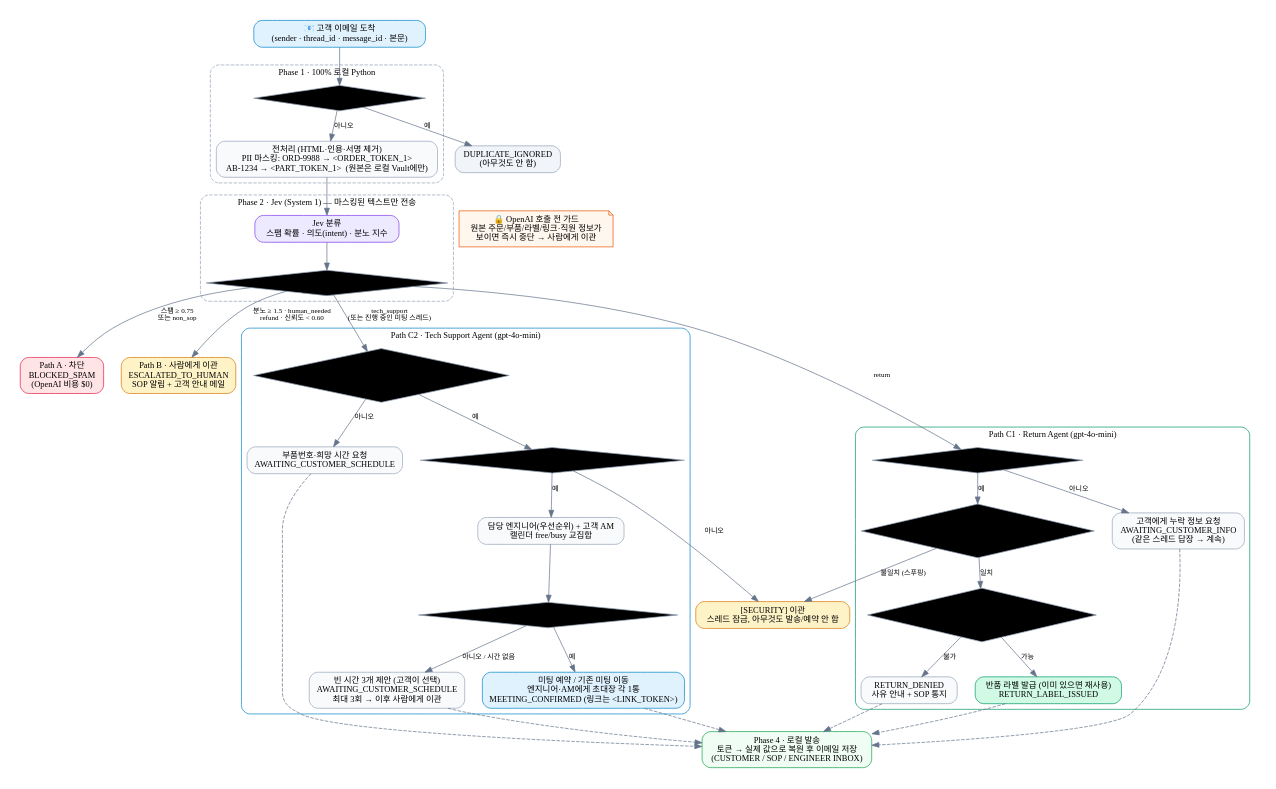
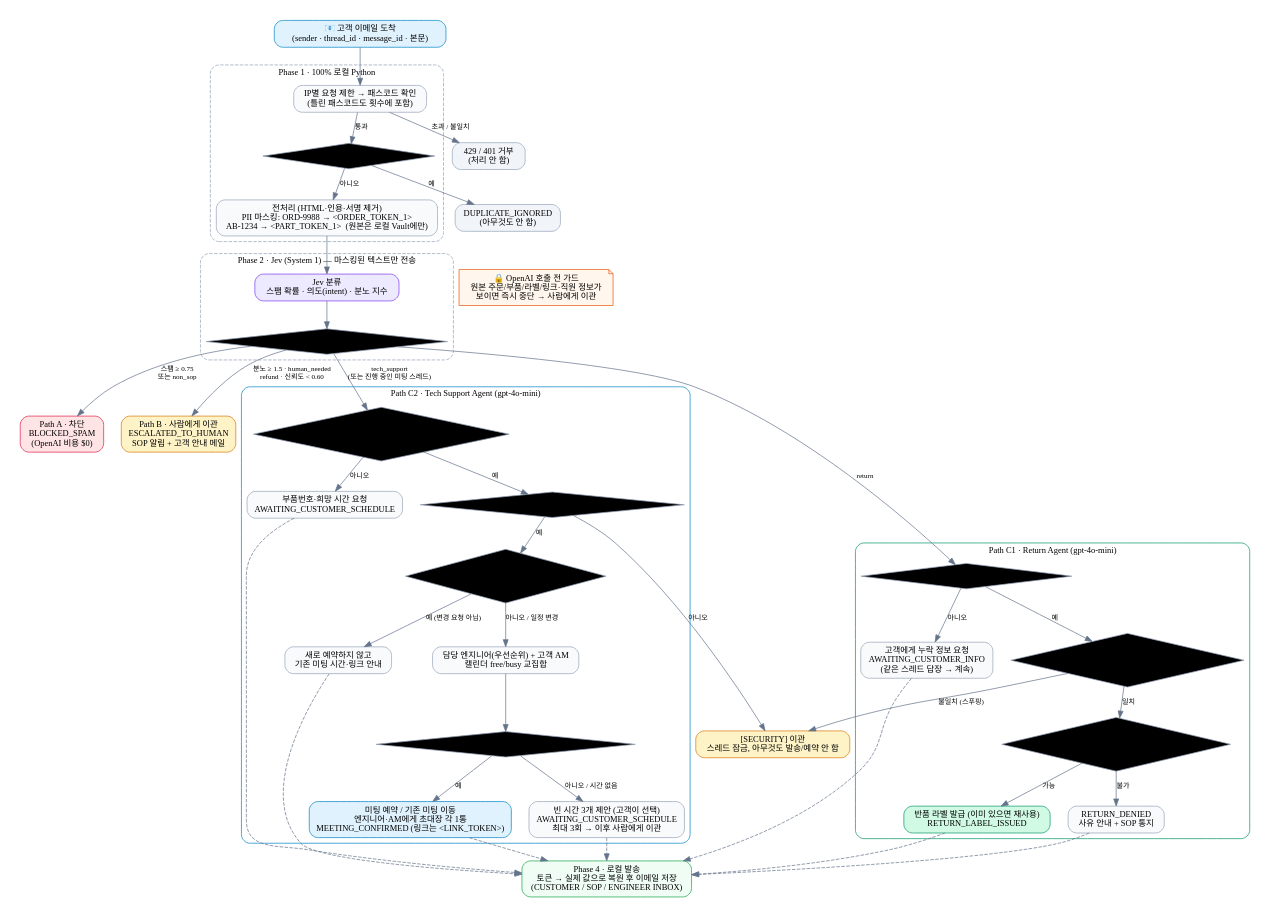
Before and after one commit to sangmin-matthew-lee/sopo-agnet-claude: the diagram in docs/flowchart.dot, drawn with Graphviz. The commit also changed 2 other files, not shown here.

Commit message:
Update README demo notes and flowchart
- README T10: demo with preset 2 only (preset 1 names a time and may be
  treated as a reschedule).
- README step 22: say which time to use (free for engineer and AM in the
  calendar panel).
- Flowchart: add the rate-limit/passcode gate (wrong passcodes count) and
  the "meeting already booked -> tell the customer" branch (T10).

Claude-Session: https://claude.ai/code/session_01LQjqJxz1YcKXCCThp8WkEy

```diff
--- a/docs/flowchart.dot
+++ b/docs/flowchart.dot
@@ -1,77 +1,85 @@
-// Render: dot -Tpng -Gdpi=160 docs/flowchart.dot -o docs/flowchart.png
+// Render: dot -Tpng -Gdpi=140 docs/flowchart.dot -o docs/flowchart.png
 digraph SOPO {
   graph [rankdir=TB, fontname="Apple SD Gothic Neo", nodesep=0.35, ranksep=0.45, bgcolor="white", pad=0.3];
   node  [shape=box, style="rounded,filled", fontname="Apple SD Gothic Neo", fontsize=12, color="#94a3b8",
          fillcolor="#f8fafc", margin="0.18,0.08"];
   edge  [fontname="Apple SD Gothic Neo", fontsize=10, color="#64748b"];
 
   email [label="📧 고객 이메일 도착\n(sender · thread_id · message_id · 본문)", fillcolor="#e0f2fe", color="#0284c7"];
 
   subgraph cluster_p1 {
     label="Phase 1 · 100% 로컬 Python"; style="rounded,dashed"; color="#94a3b8"; fontsize=12;
+    gate  [label="IP별 요청 제한 → 패스코드 확인\n(틀린 패스코드도 횟수에 포함)"; shape=box];
     dup   [label="중복 message_id?"; shape=diamond, style="filled", fillcolor="#fff"];
     mask  [label="전처리 (HTML·인용·서명 제거)\nPII 마스킹: ORD-9988 → <ORDER_TOKEN_1>\nAB-1234 → <PART_TOKEN_1>  (원본은 로컬 Vault에만)"];
   }
+  rejected [label="429 / 401 거부\n(처리 안 함)", fillcolor="#f1f5f9"];
   ignored [label="DUPLICATE_IGNORED\n(아무것도 안 함)", fillcolor="#f1f5f9"];
 
   subgraph cluster_p2 {
     label="Phase 2 · Jev (System 1) — 마스킹된 텍스트만 전송"; style="rounded,dashed"; color="#94a3b8"; fontsize=12;
     jev   [label="Jev 분류\n스팸 확률 · 의도(intent) · 분노 지수", fillcolor="#ede9fe", color="#7c3aed"];
     route [label="결정적 라우터 (Python 규칙)"; shape=diamond, style="filled", fillcolor="#fff"];
   }
 
   blockA [label="Path A · 차단\nBLOCKED_SPAM\n(OpenAI 비용 $0)", fillcolor="#ffe4e6", color="#e11d48"];
   humanB [label="Path B · 사람에게 이관\nESCALATED_TO_HUMAN\nSOP 알림 + 고객 안내 메일", fillcolor="#fef3c7", color="#d97706"];
 
   subgraph cluster_ret {
     label="Path C1 · Return Agent (gpt-4o-mini)"; style="rounded"; color="#059669"; fontsize=12;
     rmiss [label="주문번호/부품번호 있음?"; shape=diamond, style="filled", fillcolor="#fff"];
     rask  [label="고객에게 누락 정보 요청\nAWAITING_CUSTOMER_INFO\n(같은 스레드 답장 → 계속)"];
     rown  [label="3-way 확인\n주문 · 부품 · 보낸사람 일치?"; shape=diamond, style="filled", fillcolor="#fff"];
     relig [label="반품 자격\n배송완료 · 30일 이내 · 수량"; shape=diamond, style="filled", fillcolor="#fff"];
     rdeny [label="RETURN_DENIED\n사유 안내 + SOP 통지"];
     rlabel[label="반품 라벨 발급 (이미 있으면 재사용)\nRETURN_LABEL_ISSUED", fillcolor="#d1fae5", color="#059669"];
   }
 
   subgraph cluster_tech {
     label="Path C2 · Tech Support Agent (gpt-4o-mini)"; style="rounded"; color="#0284c7"; fontsize=12;
     tpart [label="부품번호 있음?\n(없으면 고객의 예정 미팅 검색)"; shape=diamond, style="filled", fillcolor="#fff"];
     task  [label="부품번호·희망 시간 요청\nAWAITING_CUSTOMER_SCHEDULE"];
     town  [label="이 고객이 해당 부품을 구매했나?"; shape=diamond, style="filled", fillcolor="#fff"];
     tcal  [label="담당 엔지니어(우선순위) + 고객 AM\n캘린더 free/busy 교집합"];
     tok   [label="고객이 요청한 시간이 비어있나?"; shape=diamond, style="filled", fillcolor="#fff"];
     toffer[label="빈 시간 3개 제안 (고객이 선택)\nAWAITING_CUSTOMER_SCHEDULE\n최대 3회 → 이후 사람에게 이관"];
+    tbooked[label="이미 예정된 미팅 있음?\n(고객·부품당 1개)"; shape=diamond, style="filled", fillcolor="#fff"];
+    tinfo [label="새로 예약하지 않고\n기존 미팅 시간·링크 안내"];
     tbook [label="미팅 예약 / 기존 미팅 이동\n엔지니어·AM에게 초대장 각 1통\nMEETING_CONFIRMED (링크는 <LINK_TOKEN>)", fillcolor="#e0f2fe", color="#0284c7"];
   }
 
   security [label="[SECURITY] 이관\n스레드 잠금, 아무것도 발송/예약 안 함", fillcolor="#fef3c7", color="#d97706"];
   dispatch [label="Phase 4 · 로컬 발송\n토큰 → 실제 값으로 복원 후 이메일 저장\n(CUSTOMER / SOP / ENGINEER INBOX)", fillcolor="#f0fdf4", color="#16a34a"];
   guard    [label="🔒 OpenAI 호출 전 가드\n원본 주문/부품/라벨/링크·직원 정보가\n보이면 즉시 중단 → 사람에게 이관", shape=note, fillcolor="#fff7ed", color="#ea580c"];
 
-  email -> dup;
+  email -> gate;
+  gate -> rejected [label="초과 / 불일치"];
+  gate -> dup [label="통과"];
   dup -> ignored [label="예"];
   dup -> mask [label="아니오"];
   mask -> jev -> route;
   route -> blockA [label="스팸 ≥ 0.75\n또는 non_sop"];
   route -> humanB [label="분노 ≥ 1.5 · human_needed\nrefund · 신뢰도 < 0.60"];
   route -> rmiss  [label="return"];
   route -> tpart  [label="tech_support\n(또는 진행 중인 미팅 스레드)"];
 
   rmiss -> rask  [label="아니오"];
   rmiss -> rown  [label="예"];
   rown -> security [label="불일치 (스푸핑)"];
   rown -> relig [label="일치"];
   relig -> rdeny [label="불가"];
   relig -> rlabel [label="가능"];
 
   tpart -> task [label="아니오"];
   tpart -> town [label="예"];
   town -> security [label="아니오"];
-  town -> tcal [label="예"];
+  town -> tbooked [label="예"];
+  tbooked -> tinfo [label="예 (변경 요청 아님)"];
+  tbooked -> tcal [label="아니오 / 일정 변경"];
   tcal -> tok;
   tok -> tbook [label="예"];
   tok -> toffer [label="아니오 / 시간 없음"];
 
-  {rask rdeny rlabel task toffer tbook} -> dispatch [style=dashed];
+  {rask rdeny rlabel task toffer tbook tinfo} -> dispatch [style=dashed];
   guard -> route [style=invis];
 }
```
